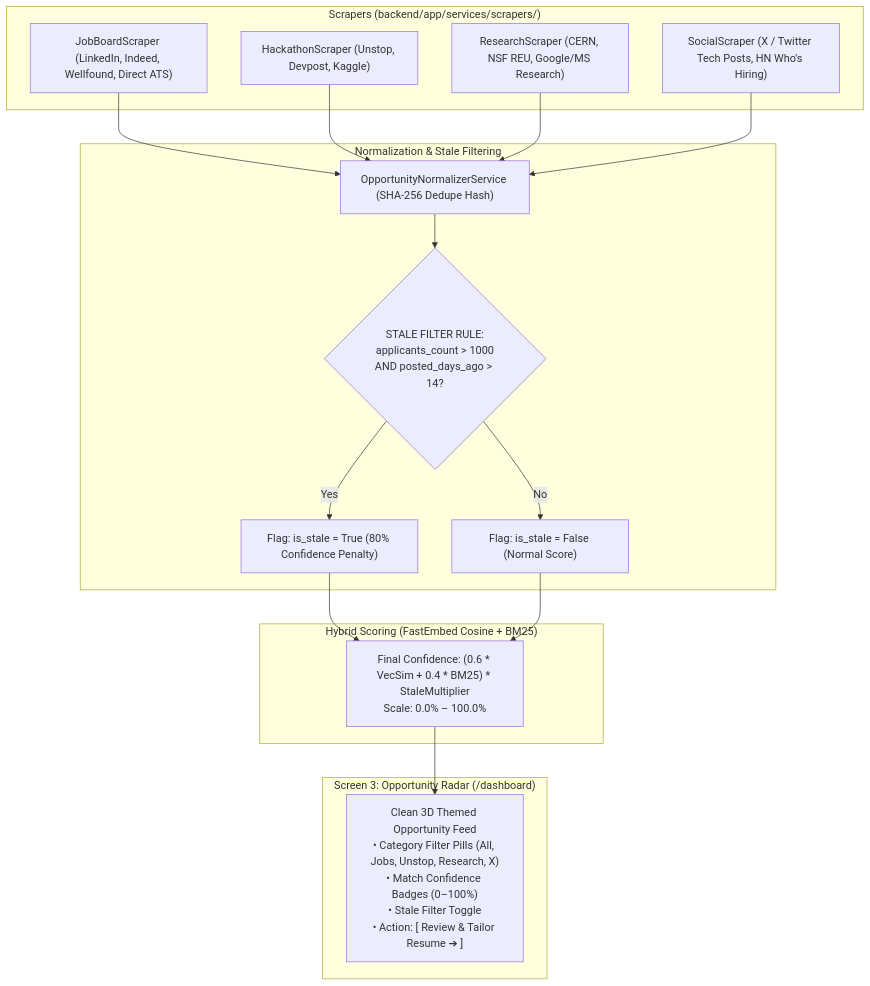
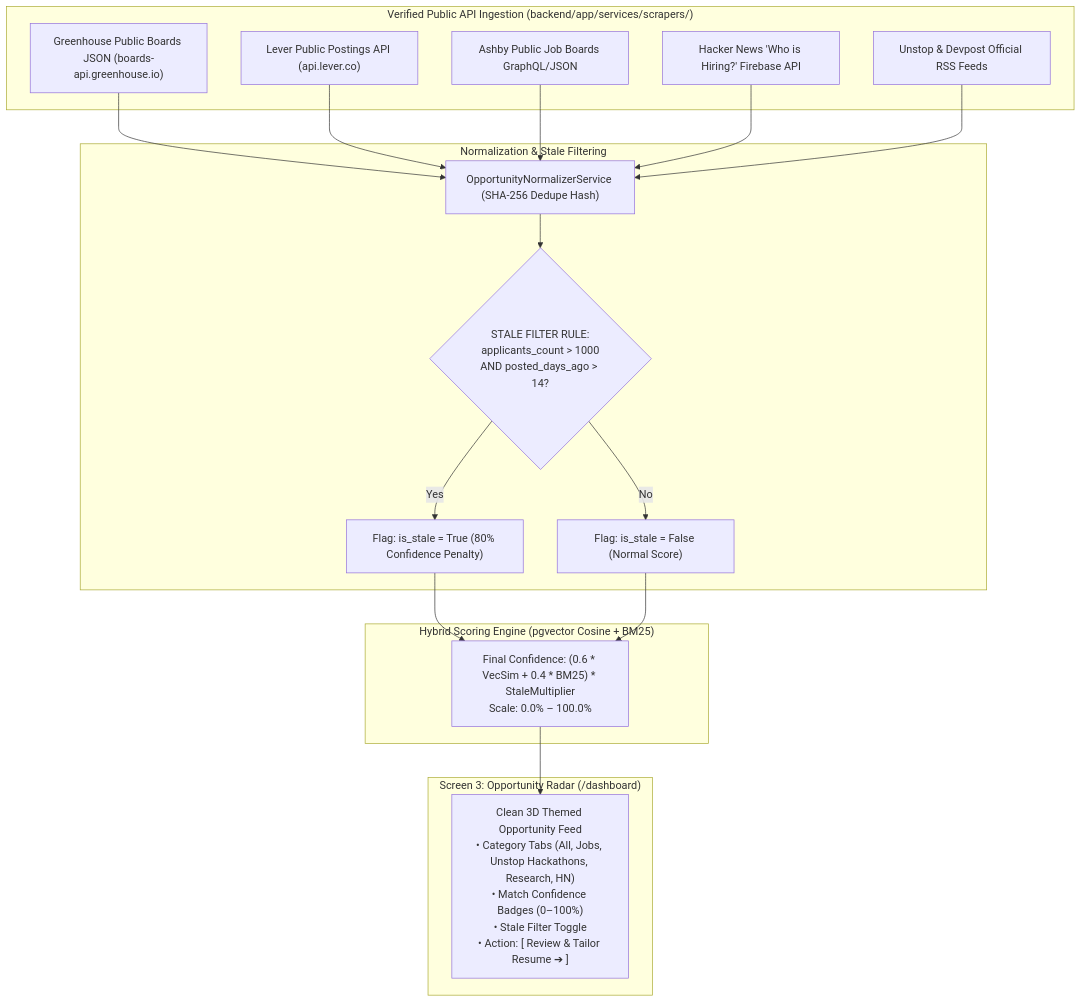
Before and after one commit to creed-online/getaJob.ai: the third of 7 diagrams in Docs/IMPLEMENTATION_PLAN.md, drawn with Mermaid. The commit also changed other lines of this file and 3 other files, not shown here.

Commit message:
docs: sync wiki with refactored architecture

````diff
--- a/Docs/IMPLEMENTATION_PLAN.md
+++ b/Docs/IMPLEMENTATION_PLAN.md
@@ -198,33 +168,35 @@
 ```mermaid
 flowchart TD
-    subgraph MultiChannelScrapers ["Scrapers (backend/app/services/scrapers/)"]
-        S_Jobs["JobBoardScraper (LinkedIn, Indeed, Wellfound, Direct ATS)"]
-        S_Hack["HackathonScraper (Unstop, Devpost, Kaggle)"]
-        S_Res["ResearchScraper (CERN, NSF REU, Google/MS Research)"]
-        S_Soc["SocialScraper (X / Twitter Tech Posts, HN Who's Hiring)"]
+    subgraph APISources ["Verified Public API Ingestion (backend/app/services/scrapers/)"]
+        API_GH["Greenhouse Public Boards JSON (boards-api.greenhouse.io)"]
+        API_Lever["Lever Public Postings API (api.lever.co)"]
+        API_Ashby["Ashby Public Job Boards GraphQL/JSON"]
+        API_HN["Hacker News 'Who is Hiring?' Firebase API"]
+        RSS_Hack["Unstop & Devpost Official RSS Feeds"]
     end
 
     subgraph Pipeline ["Normalization & Stale Filtering"]
         Normalizer["OpportunityNormalizerService (SHA-256 Dedupe Hash)"]
         StaleCheck{"STALE FILTER RULE:\napplicants_count > 1000\nAND posted_days_ago > 14?"}
         MarkStale["Flag: is_stale = True (80% Confidence Penalty)"]
         MarkFresh["Flag: is_stale = False (Normal Score)"]
     end
 
-    subgraph ScoringEngine ["Hybrid Scoring (FastEmbed Cosine + BM25)"]
+    subgraph ScoringEngine ["Hybrid Scoring Engine (pgvector Cosine + BM25)"]
         Formula["Final Confidence: (0.6 * VecSim + 0.4 * BM25) * StaleMultiplier\nScale: 0.0% – 100.0%"]
     end
 
     subgraph S3_UI ["Screen 3: Opportunity Radar (/dashboard)"]
-        UI_Feed["Clean 3D Themed Opportunity Feed\n• Category Filter Pills (All, Jobs, Unstop, Research, X)\n• Match Confidence Badges (0–100%)\n• Stale Filter Toggle\n• Action: [ Review & Tailor Resume ➔ ]"]
+        UI_Feed["Clean 3D Themed Opportunity Feed\n• Category Tabs (All, Jobs, Unstop Hackathons, Research, HN)\n• Match Confidence Badges (0–100%)\n• Stale Filter Toggle\n• Action: [ Review & Tailor Resume ➔ ]"]
     end
 
-    S_Jobs --> Normalizer --> StaleCheck
-    S_Hack --> Normalizer
-    S_Res --> Normalizer
-    S_Soc --> Normalizer
+    API_GH --> Normalizer --> StaleCheck
+    API_Lever --> Normalizer
+    API_Ashby --> Normalizer
+    API_HN --> Normalizer
+    RSS_Hack --> Normalizer
 
     StaleCheck -->|Yes| MarkStale --> Formula
     StaleCheck -->|No| MarkFresh --> Formula
     Formula --> UI_Feed
 ```
````
